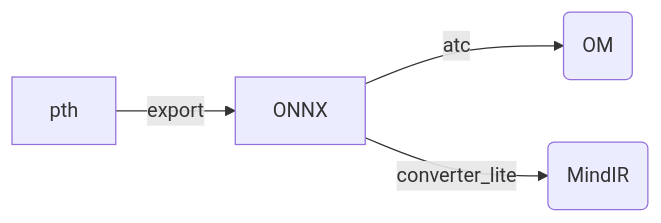
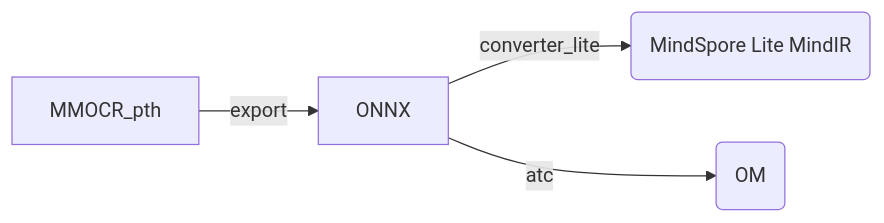
Before and after one commit to mindspore-lab/mindocr: the third of 3 diagrams in docs/cn/inference/convert_tutorial.md, drawn with Mermaid. The commit also changed other lines of this file and 8 other files, not shown here.

````diff
--- a/docs/cn/inference/convert_tutorial.md
+++ b/docs/cn/inference/convert_tutorial.md
@@ -281,6 +296,6 @@
 ```mermaid
 graph LR;
-    pth -- export -->  ONNX;
+    MMOCR_pth -- export -->  ONNX;
+    ONNX -- converter_lite --> o2(MindSpore Lite MindIR);
     ONNX -- atc --> o1(OM);
-    ONNX -- converter_lite --> o2(MindIR);
 ```
````
